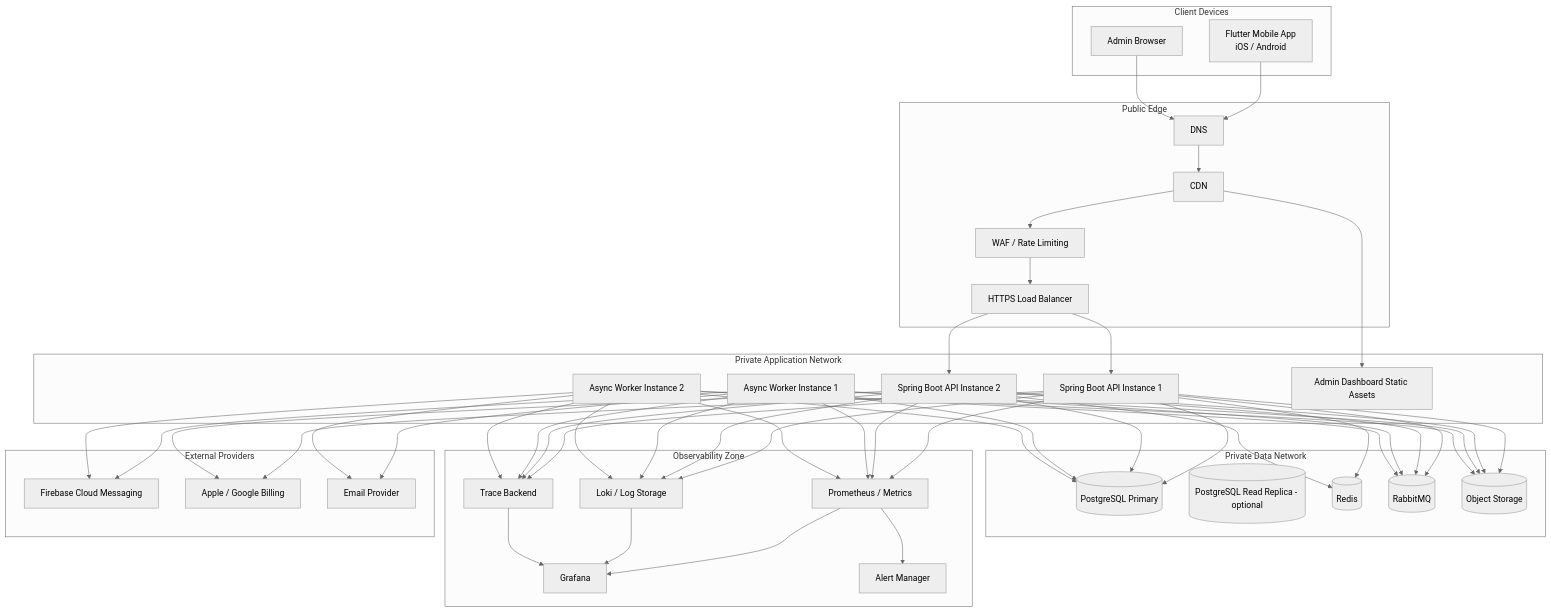
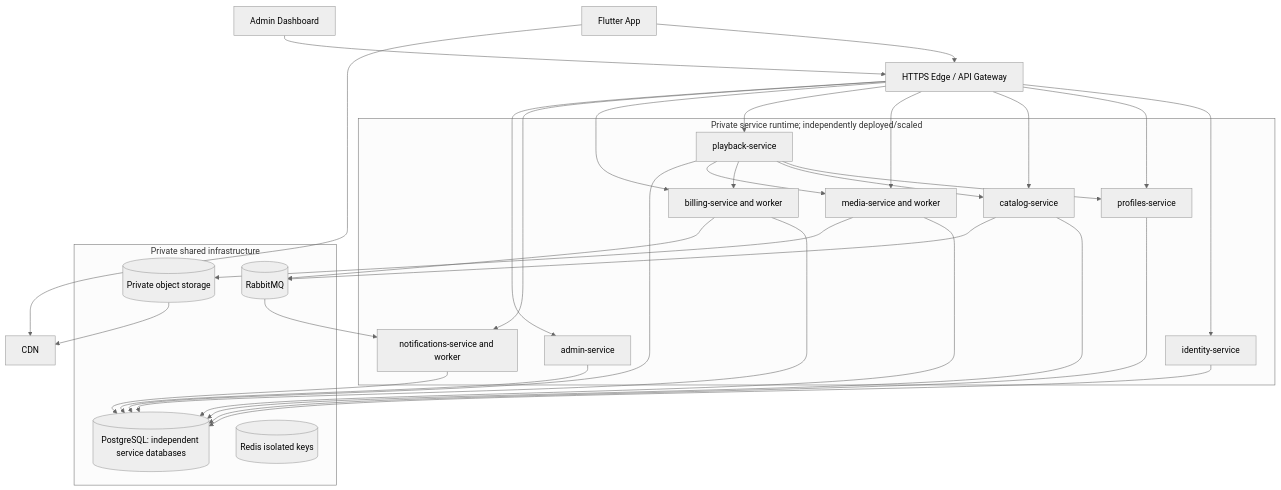
Before and after one commit to IoanMarian08/KidsAudioBookPlatform: the first of 3 diagrams in docs/03_Architecture/C4_Model/05_Deployment_Diagram.md, drawn with Mermaid (neutral theme). The commit also changed other lines of this file and 1 other file, not shown here.

Commit message:
docs(c4): replace single-backend container and deployment diagrams with microservices

````diff
--- a/docs/03_Architecture/C4_Model/05_Deployment_Diagram.md
+++ b/docs/03_Architecture/C4_Model/05_Deployment_Diagram.md
@@ -47,93 +47,47 @@
-```mermaid
+~~~mermaid
 flowchart TB
-    subgraph Clients[Client Devices]
-        Mobile[Flutter Mobile App\niOS / Android]
-        Browser[Admin Browser]
-    end
-
-    subgraph Edge[Public Edge]
-        DNS[DNS]
-        CDN[CDN]
-        WAF[WAF / Rate Limiting]
-        LB[HTTPS Load Balancer]
-    end
-
-    subgraph AppZone[Private Application Network]
-        API1[Spring Boot API Instance 1]
-        API2[Spring Boot API Instance 2]
-        Worker1[Async Worker Instance 1]
-        Worker2[Async Worker Instance 2]
-        AdminUI[Admin Dashboard Static Assets]
-    end
-
-    subgraph DataZone[Private Data Network]
-        PG[(PostgreSQL Primary)]
-        PGReplica[(PostgreSQL Read Replica - optional)]
-        Redis[(Redis)]
-        MQ[(RabbitMQ)]
-        Object[(Object Storage)]
-    end
-
-    subgraph Observability[Observability Zone]
-        Prom[Prometheus / Metrics]
-        Logs[Loki / Log Storage]
-        Trace[Trace Backend]
-        Grafana[Grafana]
-        Alerts[Alert Manager]
-    end
-
-    subgraph External[External Providers]
-        FCM[Firebase Cloud Messaging]
-        Stores[Apple / Google Billing]
-        Email[Email Provider]
-    end
-
-    Mobile --> DNS
-    Browser --> DNS
-    DNS --> CDN
-    CDN --> WAF
-    WAF --> LB
-    LB --> API1
-    LB --> API2
-    CDN --> AdminUI
-
-    API1 --> PG
-    API2 --> PG
-    API1 --> Redis
-    API2 --> Redis
-    API1 --> MQ
-    API2 --> MQ
-    API1 --> Object
-    API2 --> Object
-
-    Worker1 --> MQ
-    Worker2 --> MQ
-    Worker1 --> PG
-    Worker2 --> PG
-    Worker1 --> Object
-    Worker2 --> Object
-
-    API1 --> Stores
-    API2 --> Stores
-    Worker1 --> FCM
-    Worker2 --> FCM
-    Worker1 --> Email
-    Worker2 --> Email
-
-    API1 --> Prom
-    API2 --> Prom
-    Worker1 --> Prom
-    Worker2 --> Prom
-    API1 --> Logs
-    API2 --> Logs
-    Worker1 --> Logs
-    Worker2 --> Logs
-    API1 --> Trace
-    API2 --> Trace
-    Worker1 --> Trace
-    Worker2 --> Trace
-    Prom --> Grafana
-    Logs --> Grafana
-    Trace --> Grafana
-    Prom --> Alerts
-```
+  Mobile[Flutter App] --> Edge[HTTPS Edge / API Gateway]
+  AdminUI[Admin Dashboard] --> Edge
+  subgraph PrivateServices[Private service runtime; independently deployed/scaled]
+    I[identity-service]
+    P[profiles-service]
+    C[catalog-service]
+    M[media-service and worker]
+    PL[playback-service]
+    B[billing-service and worker]
+    N[notifications-service and worker]
+    A[admin-service]
+  end
+  Edge --> I
+  Edge --> P
+  Edge --> C
+  Edge --> M
+  Edge --> PL
+  Edge --> B
+  Edge --> N
+  Edge --> A
+  PL --> P
+  PL --> C
+  PL --> B
+  PL --> M
+  subgraph Stateful[Private shared infrastructure]
+    Databases[(PostgreSQL: independent service databases)]
+    MQ[(RabbitMQ)]
+    Cache[(Redis isolated keys)]
+    Storage[(Private object storage)]
+  end
+  I --> Databases
+  P --> Databases
+  C --> Databases
+  M --> Databases
+  PL --> Databases
+  B --> Databases
+  N --> Databases
+  A --> Databases
+  B --> MQ
+  C --> MQ
+  MQ --> N
+  M --> Storage
+  Storage --> CDN[CDN]
+  Mobile --> CDN
+~~~
````
